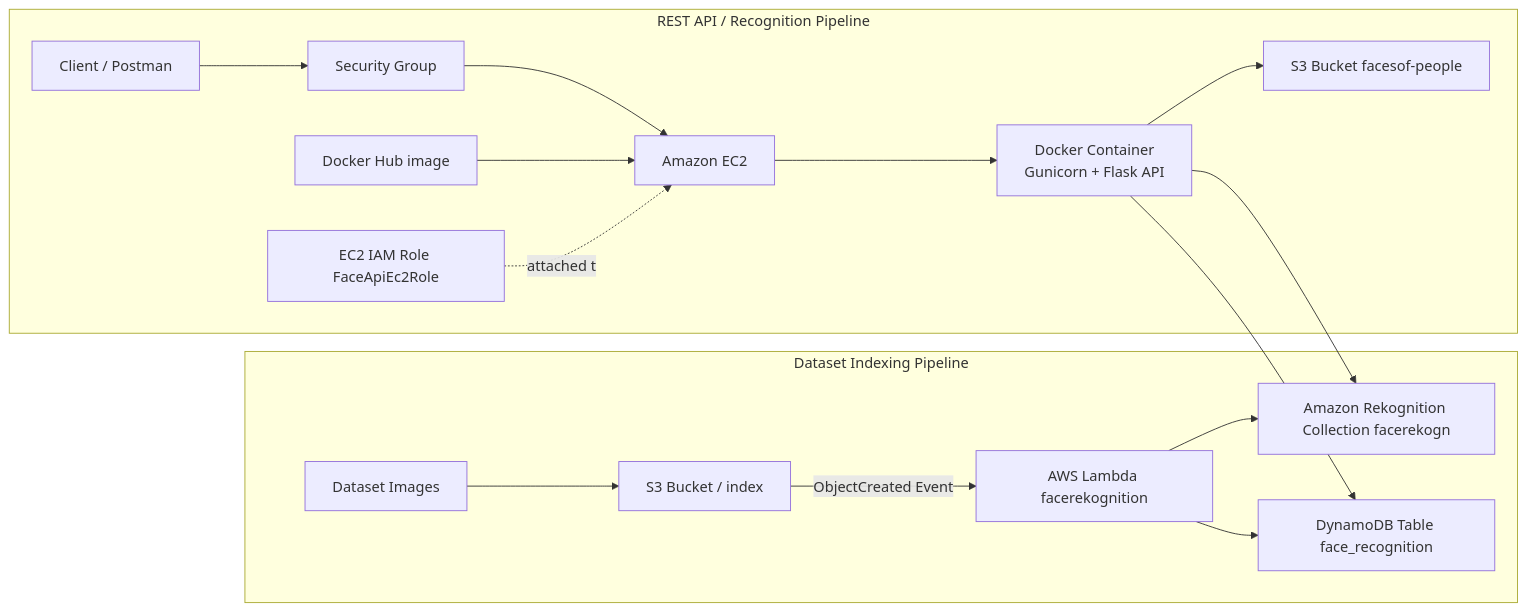
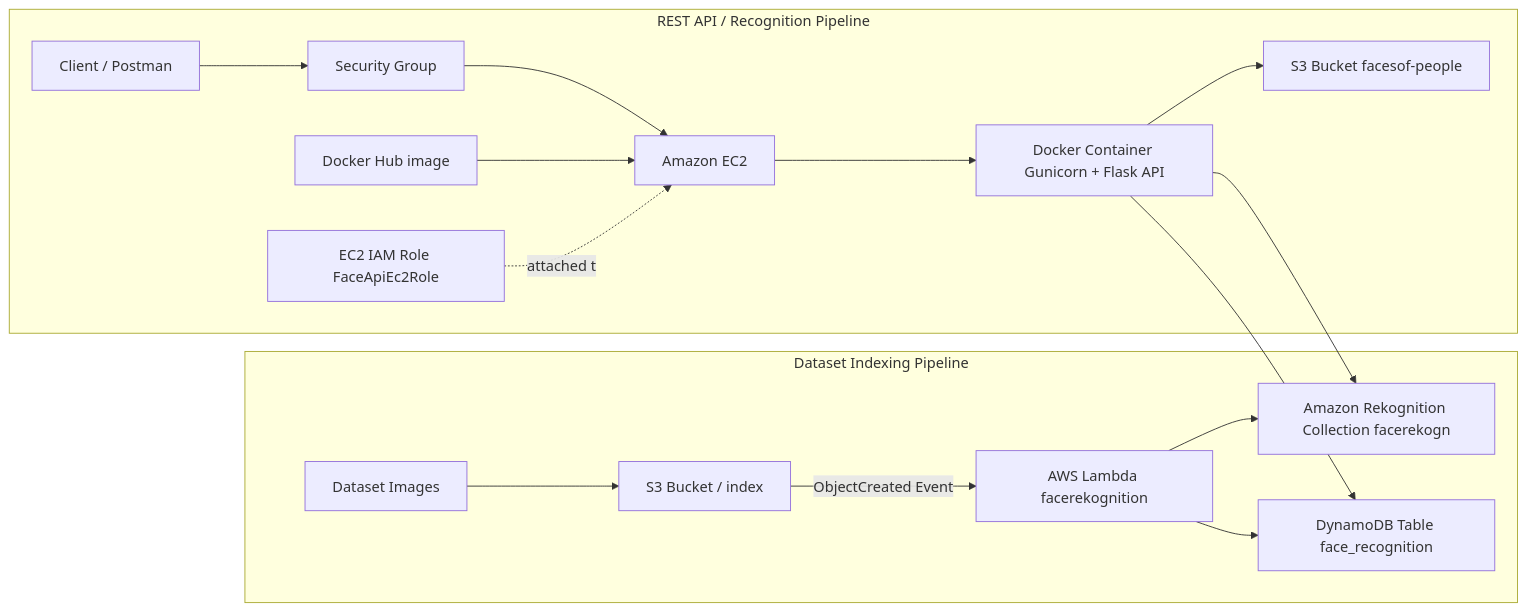
The diagram in README.md (OluwaToni04/Face_rekognition), drawn with Mermaid before and after one commit. The commit also changed other lines of this file, not shown here.

````diff
--- a/README.md
+++ b/README.md
@@ -47,21 +50,21 @@
 ```mermaid
 flowchart LR
 
 subgraph A["Dataset Indexing Pipeline"]
     U1[Dataset Images] --> S3I[S3 Bucket / index]
     S3I -->|ObjectCreated Event| L[AWS Lambda facerekognition]
     L --> R[Amazon Rekognition Collection facerekogn]
     L --> D[DynamoDB Table face_recognition]
 end
 
 subgraph B["REST API / Recognition Pipeline"]
     U2[Client / Postman] --> SG[Security Group]
     SG --> EC2[Amazon EC2]
     DH[Docker Hub image] --> EC2
     IAM[EC2 IAM Role FaceApiEc2Role] -.attached to.-> EC2
-    EC2 --> C[Docker Container<br/>Gunicorn + Flask API]
+    EC2 --> C[Docker Container Gunicorn + Flask API]
     C --> S3A[S3 Bucket facesof-people]
     C --> R
     C --> D
 end
 ```
````
